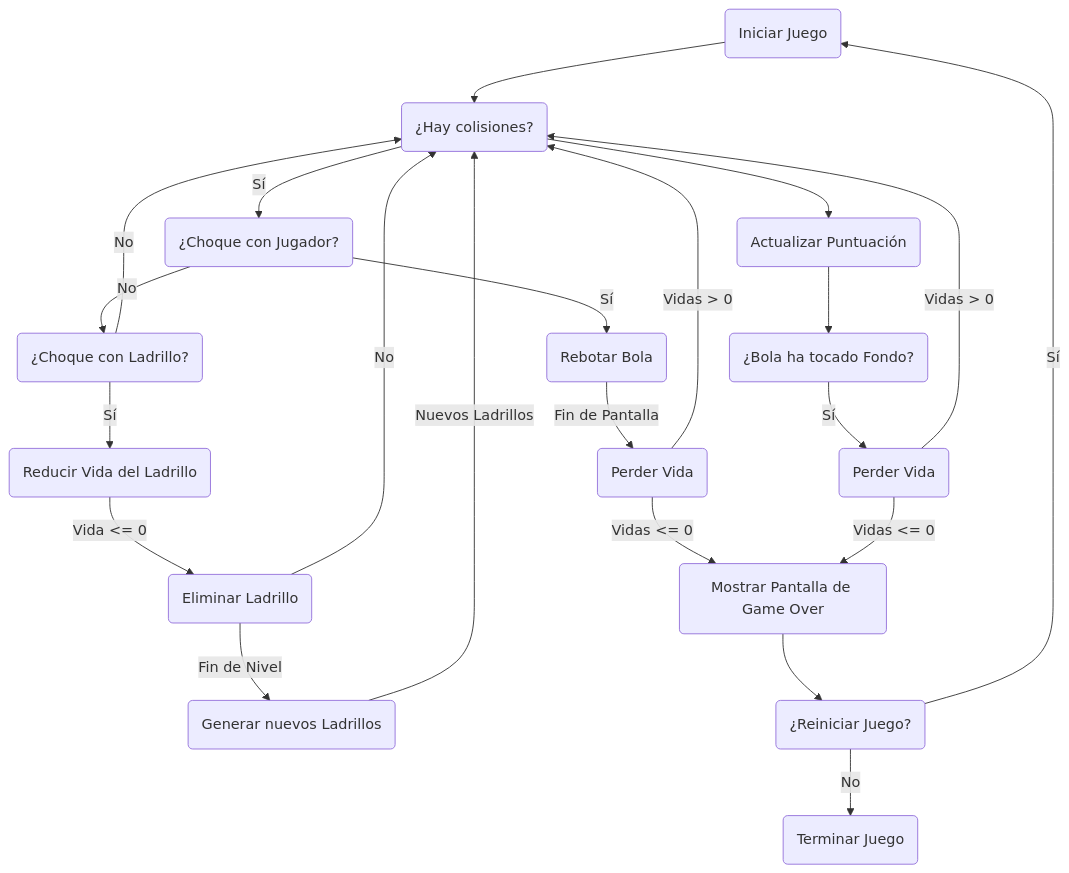
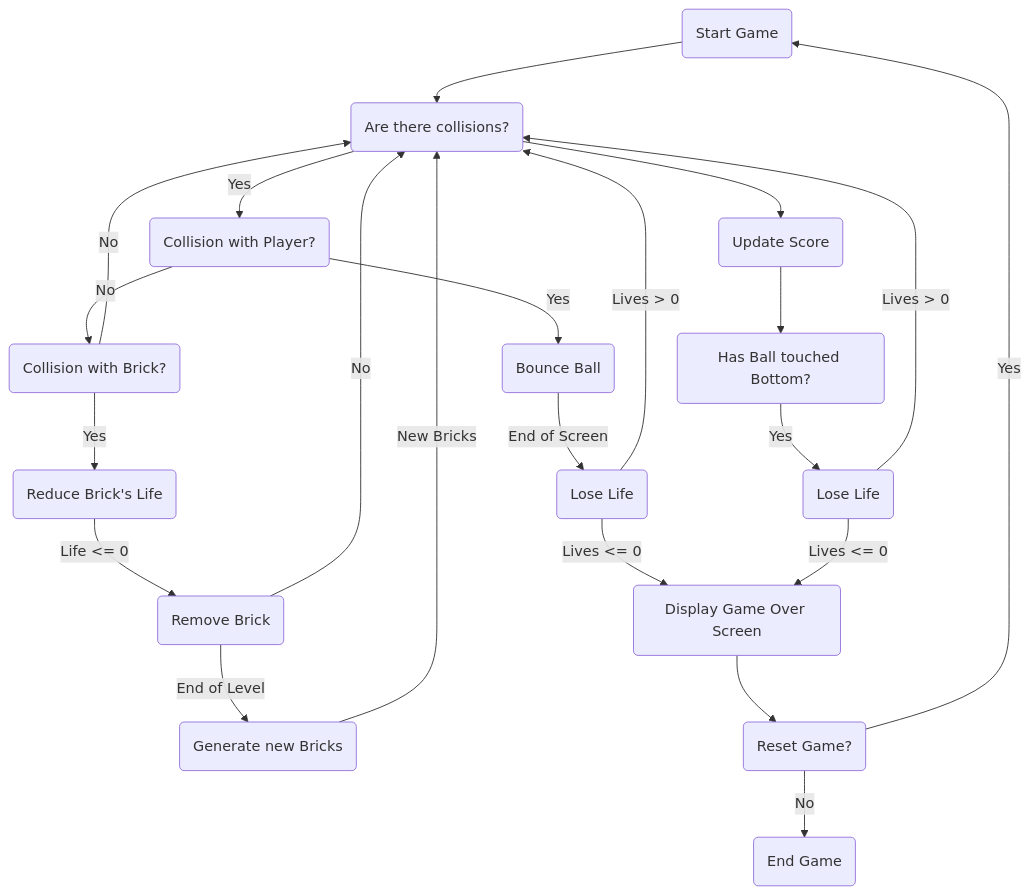
One commit to Sebaxsus/Juego changed the first of 4 diagrams in README.md. Above: the diagram before and after it, drawn with Mermaid. The commit also changed other lines of this file, not shown here.

````diff
--- a/README.md
+++ b/README.md
@@ -47,24 +47,25 @@
 ```mermaid
 graph TD;
-    A(Iniciar Juego) --> B(¿Hay colisiones?)
-    B -->|Sí| C(¿Choque con Jugador?)
-    C -->|Sí| D(Rebotar Bola)
-    C -->|No| E(¿Choque con Ladrillo?)
-    E -->|Sí| F(Reducir Vida del Ladrillo)
-    F -->|Vida <= 0| G(Eliminar Ladrillo)
-    G -->|Fin de Nivel| H(Generar nuevos Ladrillos)
+    A(Start Game) --> B(Are there collisions?)
+    B -->|Yes| C(Collision with Player?)
+    C -->|Yes| D(Bounce Ball)
+    C -->|No| E(Collision with Brick?)
+    E -->|Yes| F(Reduce Brick's Life)
+    F -->|Life <= 0| G(Remove Brick)
+    G -->|End of Level| H(Generate new Bricks)
     G -->|No| B
     E -->|No| B
-    D -->|Fin de Pantalla| I(Perder Vida)
-    I -->|Vidas > 0| B
-    I -->|Vidas <= 0| J(Mostrar Pantalla de Game Over)
-    J --> K(¿Reiniciar Juego?)
-    K -->|Sí| A
-    K -->|No| L(Terminar Juego)
-    H -->|Nuevos Ladrillos| B
-    B --> M(Actualizar Puntuación)
-    M --> N(¿Bola ha tocado Fondo?)
-    N -->|Sí| O(Perder Vida)
-    O -->|Vidas > 0| B
-    O -->|Vidas <= 0| J(Mostrar Pantalla de Game Over)
+    D -->|End of Screen| I(Lose Life)
+    I -->|Lives > 0| B
+    I -->|Lives <= 0| J(Display Game Over Screen)
+    J --> K(Reset Game?)
+    K -->|Yes| A
+    K -->|No| L(End Game)
+    H -->|New Bricks| B
+    B --> M(Update Score)
+    M --> N(Has Ball touched Bottom?)
+    N -->|Yes| O(Lose Life)
+    O -->|Lives > 0| B
+    O -->|Lives <= 0| J(Display Game Over Screen)
+
 ```
````
